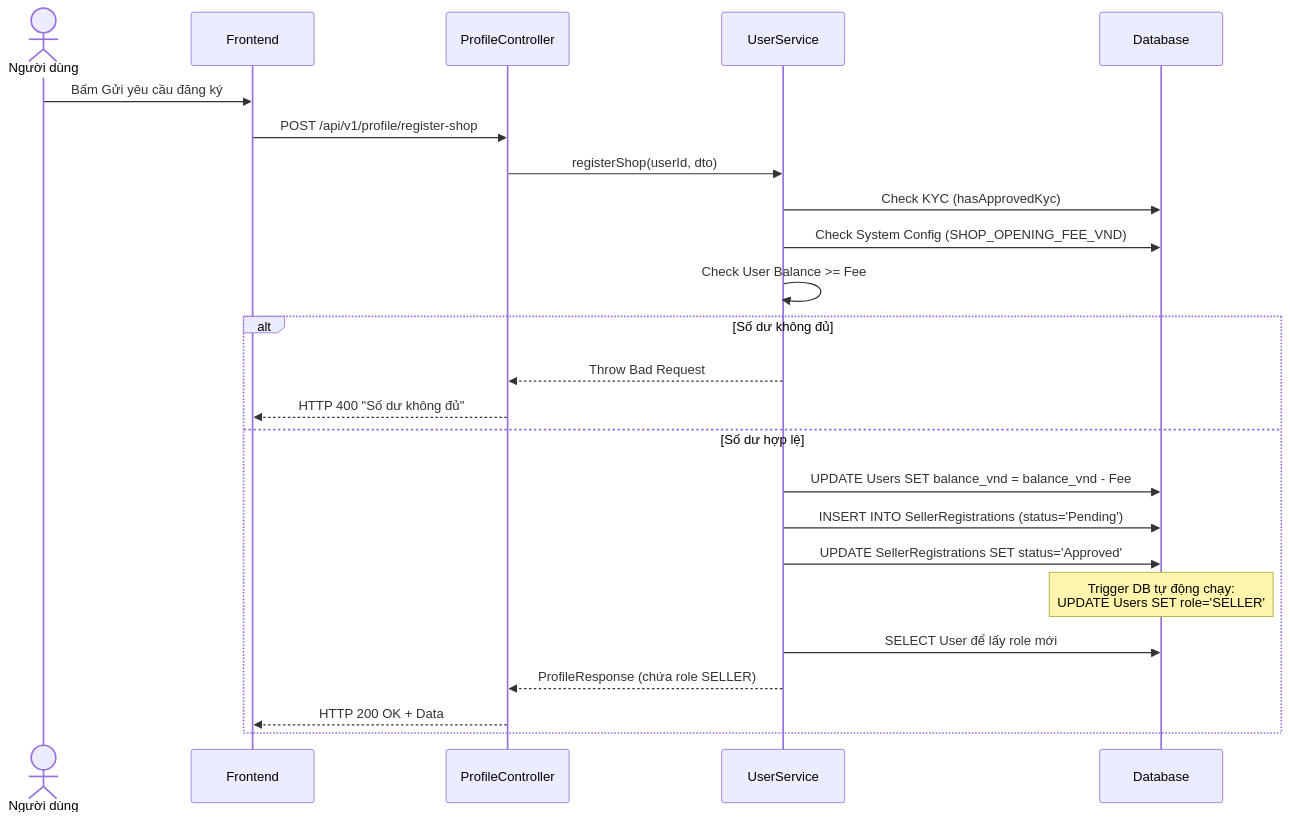
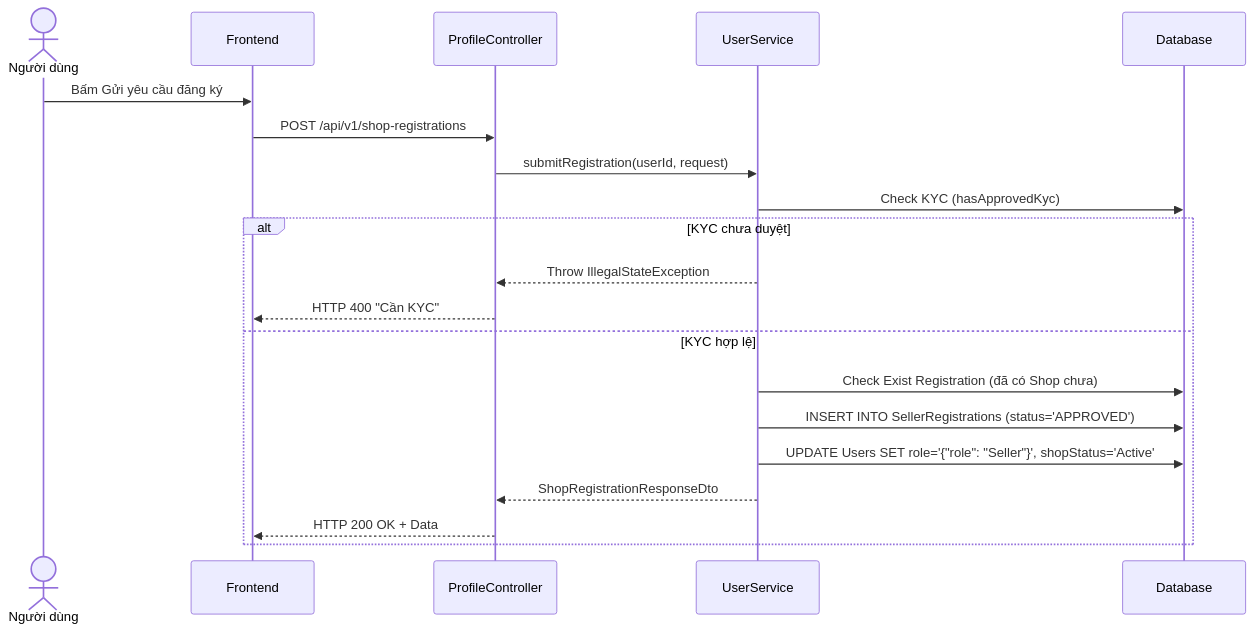
One commit to Vietanh1712/mmo-system changed the diagram in MMO_Market/MMO_Market (3)/MMO_Market/.sdd/specs/backend/feat-seller/UC-18-seller-registration.md. Above: the diagram before and after it, drawn with Mermaid. The commit also changed other lines of this file and 5 other files, not shown here.

````diff
--- a/MMO_Market/MMO_Market (3)/MMO_Market/.sdd/specs/backend/feat-seller/UC-18-seller-registration.md
+++ b/MMO_Market/MMO_Market (3)/MMO_Market/.sdd/specs/backend/feat-seller/UC-18-seller-registration.md
@@ -98,27 +92,23 @@
 ```mermaid
 sequenceDiagram
     actor U as Người dùng
     participant FE as Frontend
     participant PC as ProfileController
     participant US as UserService
     participant DB as Database
 
     U->>FE: Bấm Gửi yêu cầu đăng ký
-    FE->>PC: POST /api/v1/profile/register-shop
-    PC->>US: registerShop(userId, dto)
+    FE->>PC: POST /api/v1/shop-registrations
+    PC->>US: submitRegistration(userId, request)
     US->>DB: Check KYC (hasApprovedKyc)
-    US->>DB: Check System Config (SHOP_OPENING_FEE_VND)
-    US->>US: Check User Balance >= Fee
-    alt Số dư không đủ
-        US-->>PC: Throw Bad Request
-        PC-->>FE: HTTP 400 "Số dư không đủ"
-    else Số dư hợp lệ
-        US->>DB: UPDATE Users SET balance_vnd = balance_vnd - Fee
-        US->>DB: INSERT INTO SellerRegistrations (status='Pending')
-        US->>DB: UPDATE SellerRegistrations SET status='Approved'
-        Note over DB: Trigger DB tự động chạy:<br>UPDATE Users SET role='SELLER'
-        US->>DB: SELECT User để lấy role mới
-        US-->>PC: ProfileResponse (chứa role SELLER)
+    alt KYC chưa duyệt
+        US-->>PC: Throw IllegalStateException
+        PC-->>FE: HTTP 400 "Cần KYC"
+    else KYC hợp lệ
+        US->>DB: Check Exist Registration (đã có Shop chưa)
+        US->>DB: INSERT INTO SellerRegistrations (status='APPROVED')
+        US->>DB: UPDATE Users SET role='{"role": "Seller"}', shopStatus='Active'
+        US-->>PC: ShopRegistrationResponseDto
         PC-->>FE: HTTP 200 OK + Data
     end
 ```
````
